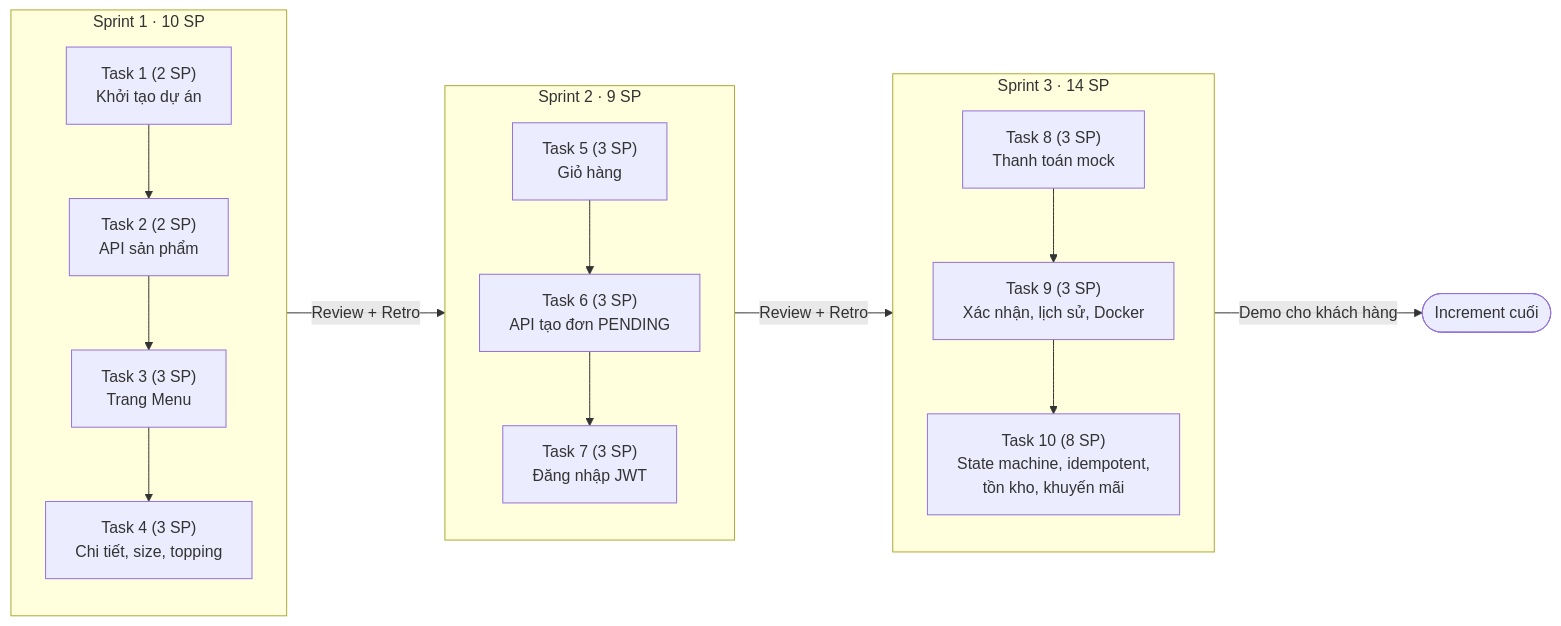
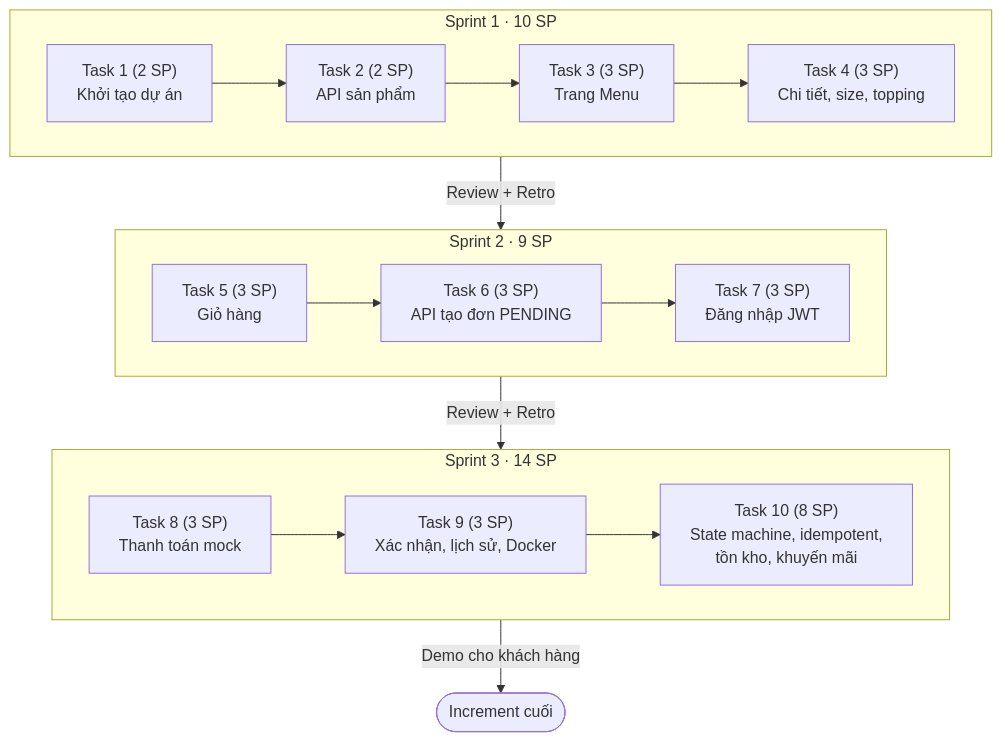
One commit to kaiqwwp/brewlite changed the diagram in report/diagrams/roadmap.mmd. Above: the diagram before and after it, drawn with Mermaid. The commit also changed 45 other files, not shown here.

First line of the commit message:
Docs: diagrams portrait, fill report info, centered cover

```diff
--- a/report/diagrams/roadmap.mmd
+++ b/report/diagrams/roadmap.mmd
@@ -1,14 +1,14 @@
-flowchart LR
+flowchart TB
   subgraph S1["Sprint 1 · 10 SP"]
-    direction TB
-    t1["Task 1 (2 SP)\nKhởi tạo dự án"] --> t2["Task 2 (2 SP)\nAPI sản phẩm"] --> t3["Task 3 (3 SP)\nTrang Menu"] --> t4["Task 4 (3 SP)\nChi tiết, size, topping"]
+    direction LR
+    t1["Task 1 (2 SP)<br/>Khởi tạo dự án"] --> t2["Task 2 (2 SP)<br/>API sản phẩm"] --> t3["Task 3 (3 SP)<br/>Trang Menu"] --> t4["Task 4 (3 SP)<br/>Chi tiết, size, topping"]
   end
   subgraph S2["Sprint 2 · 9 SP"]
-    direction TB
-    t5["Task 5 (3 SP)\nGiỏ hàng"] --> t6["Task 6 (3 SP)\nAPI tạo đơn PENDING"] --> t7["Task 7 (3 SP)\nĐăng nhập JWT"]
+    direction LR
+    t5["Task 5 (3 SP)<br/>Giỏ hàng"] --> t6["Task 6 (3 SP)<br/>API tạo đơn PENDING"] --> t7["Task 7 (3 SP)<br/>Đăng nhập JWT"]
   end
   subgraph S3["Sprint 3 · 14 SP"]
-    direction TB
-    t8["Task 8 (3 SP)\nThanh toán mock"] --> t9["Task 9 (3 SP)\nXác nhận, lịch sử, Docker"] --> t10["Task 10 (8 SP)\nState machine, idempotent,\ntồn kho, khuyến mãi"]
+    direction LR
+    t8["Task 8 (3 SP)<br/>Thanh toán mock"] --> t9["Task 9 (3 SP)<br/>Xác nhận, lịch sử, Docker"] --> t10["Task 10 (8 SP)<br/>State machine, idempotent,<br/>tồn kho, khuyến mãi"]
   end
   S1 -->|Review + Retro| S2 -->|Review + Retro| S3 -->|Demo cho khách hàng| done(["Increment cuối"])
```
